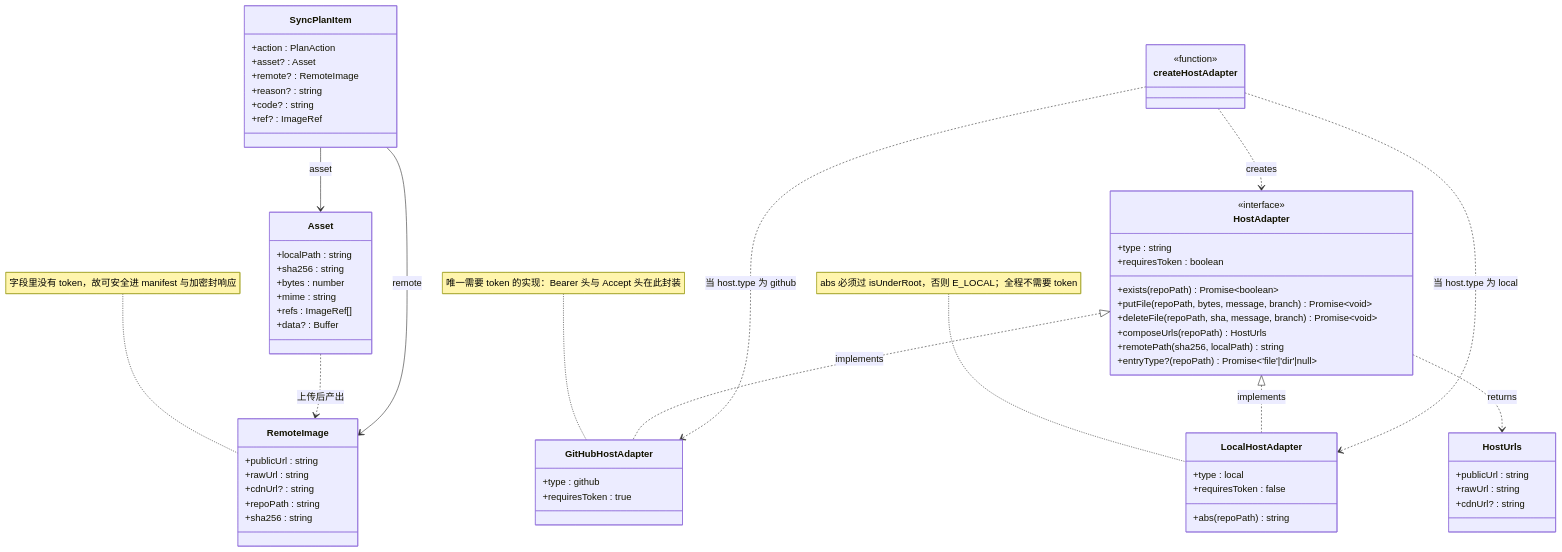
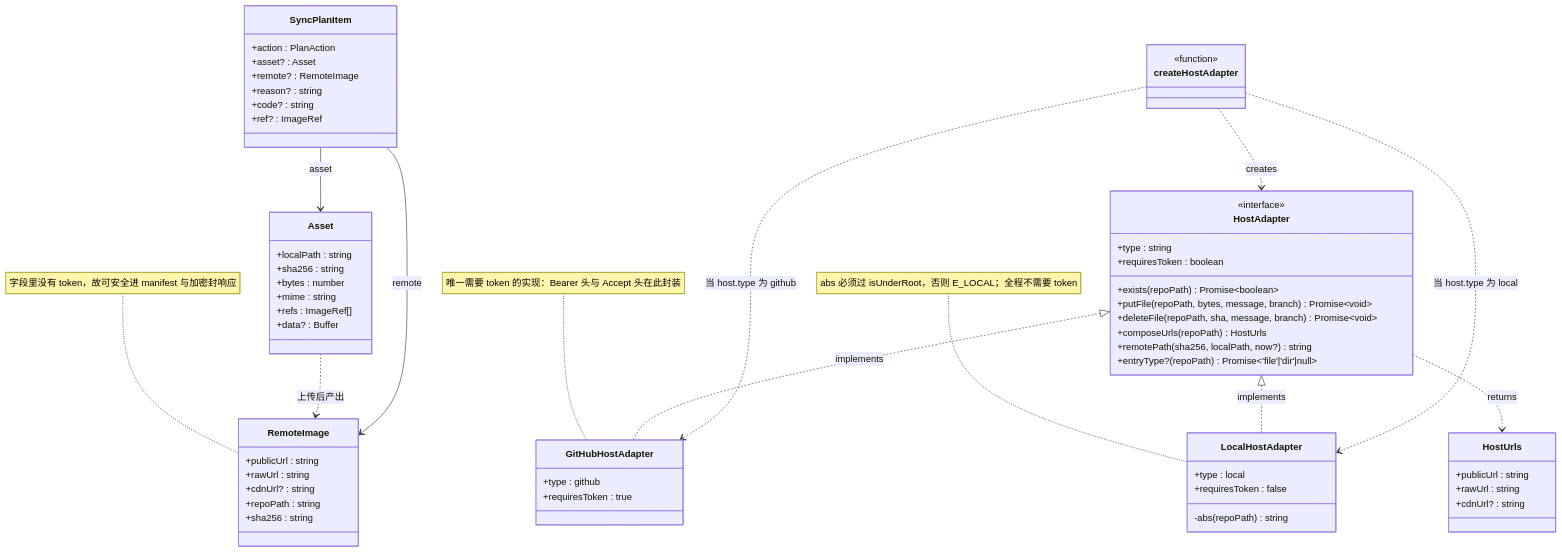
The first of 4 diagrams in docs/design/module-transfer.md (Aermberry/picture_bed), drawn with Mermaid before and after one commit. The commit also changed other lines of this file and 9 other files, not shown here.

````diff
--- a/docs/design/module-transfer.md
+++ b/docs/design/module-transfer.md
@@ -47,68 +47,68 @@
 ```mermaid
 classDiagram
     class HostAdapter {
         <<interface>>
         +type : string
         +requiresToken : boolean
         +exists(repoPath) Promise~boolean~
         +putFile(repoPath, bytes, message, branch) Promise~void~
         +deleteFile(repoPath, sha, message, branch) Promise~void~
         +composeUrls(repoPath) HostUrls
-        +remotePath(sha256, localPath) string
+        +remotePath(sha256, localPath, now?) string
         +entryType?(repoPath) Promise~'file'|'dir'|null~
     }
     class HostUrls {
         +publicUrl : string
         +rawUrl : string
         +cdnUrl? : string
     }
     class Asset {
         +localPath : string
         +sha256 : string
         +bytes : number
         +mime : string
         +refs : ImageRef[]
         +data? : Buffer
     }
     class RemoteImage {
         +publicUrl : string
         +rawUrl : string
         +cdnUrl? : string
         +repoPath : string
         +sha256 : string
     }
     class SyncPlanItem {
         +action : PlanAction
         +asset? : Asset
         +remote? : RemoteImage
         +reason? : string
         +code? : string
         +ref? : ImageRef
     }
     class GitHubHostAdapter {
         +type : github
         +requiresToken : true
     }
     class LocalHostAdapter {
         +type : local
         +requiresToken : false
-        +abs(repoPath) string
+        -abs(repoPath) string
     }
     class createHostAdapter {
         <<function>>
     }
 
     HostAdapter <|.. GitHubHostAdapter : implements
     HostAdapter <|.. LocalHostAdapter : implements
     HostAdapter ..> HostUrls : returns
     Asset ..> RemoteImage : 上传后产出
     SyncPlanItem --> Asset : asset
     SyncPlanItem --> RemoteImage : remote
     createHostAdapter ..> HostAdapter : creates
     createHostAdapter ..> GitHubHostAdapter : 当 host.type 为 github
     createHostAdapter ..> LocalHostAdapter : 当 host.type 为 local
 
     note for GitHubHostAdapter "唯一需要 token 的实现：Bearer 头与 Accept 头在此封装"
     note for LocalHostAdapter "abs 必须过 isUnderRoot，否则 E_LOCAL；全程不需要 token"
     note for RemoteImage "字段里没有 token，故可安全进 manifest 与加密封响应"
 ```
````
